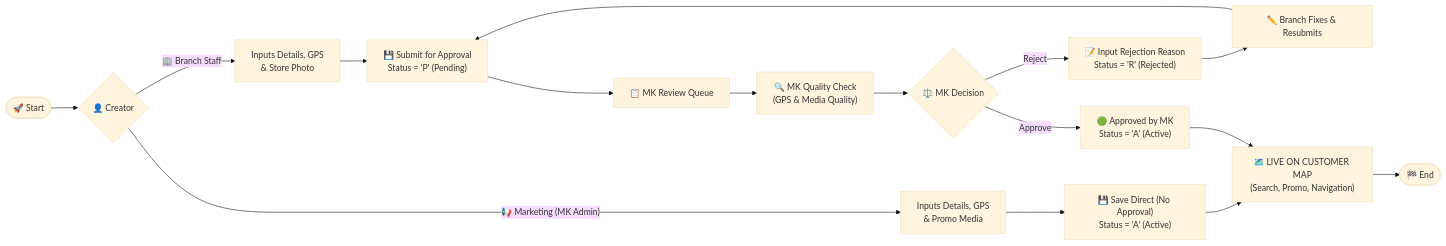
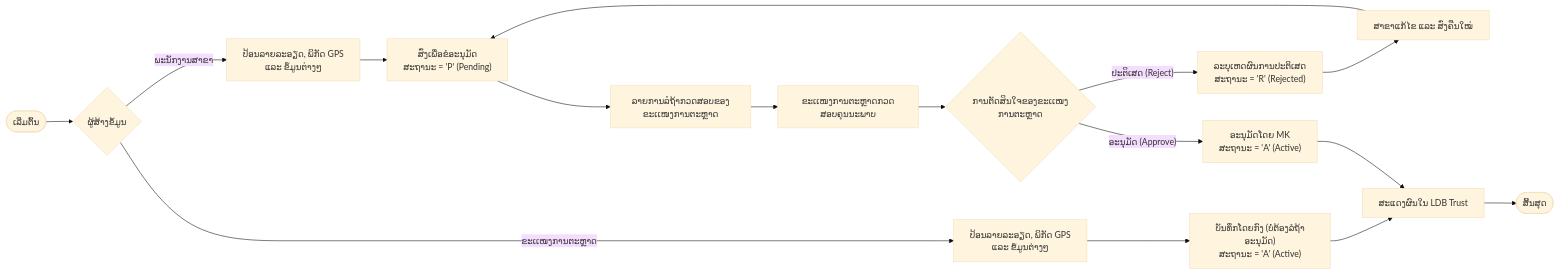
One commit to Touy2004/for-read-markdown changed the first of 3 diagrams in README.md. Above: the diagram before and after it, drawn with Mermaid (base theme). The commit also changed other lines of this file, not shown here.

````diff
--- a/README.md
+++ b/README.md
@@ -43,27 +47,28 @@
 ```mermaid
 flowchart LR
-    Start(["🚀 Start"]) --> Creator{"👤 Creator"}
-    
+    Start(["ເລີ່ມຕົ້ນ"]) --> Creator{"ຜູ້ສ້າງຂໍ້ມູນ"}
+
     %% MK Direct Flow
-    Creator -- "📢 Marketing (MK Admin)" --> MKCreate["Inputs Details, GPS\n& Promo Media"]
-    MKCreate --> MKDirect["💾 Save Direct (No Approval)\nStatus = 'A' (Active)"]
-    
+    Creator -- "ຂະເເໜງການຕະຫຼາດ" --> MKCreate["ປ້ອນລາຍລະອຽດ, ພິກັດ GPS\nແລະ ຂໍ້ມູນຕ່າງໆ"]
+    MKCreate --> MKDirect["ບັນທຶກໂດຍກົງ (ບໍ່ຕ້ອງລໍຖ້າອະນຸມັດ)\nສະຖານະ = 'A' (Active)"]
+
     %% Branch Submission Flow
-    Creator -- "🏢 Branch Staff" --> BranchCreate["Inputs Details, GPS\n& Store Photo"]
-    BranchCreate --> BranchSubmit["💾 Submit for Approval\nStatus = 'P' (Pending)"]
-    
-    BranchSubmit --> MKQueue["📋 MK Review Queue"]
-    MKQueue --> MKInspect["🔍 MK Quality Check\n(GPS & Media Quality)"]
-    MKInspect --> MKDecision{"⚖️ MK Decision"}
-    
-    MKDecision -- "Reject" --> Reason["📝 Input Rejection Reason\nStatus = 'R' (Rejected)"]
-    Reason --> BranchFix["✏️ Branch Fixes & Resubmits"]
+    Creator -- "ພະນັກງານສາຂາ" --> BranchCreate["ປ້ອນລາຍລະອຽດ, ພິກັດ GPS\nແລະ ຂໍ້ມູນຕ່າງໆ"]
+    BranchCreate --> BranchSubmit["ສົ່ງເພື່ອຂໍອະນຸມັດ\nສະຖານະ = 'P' (Pending)"]
+
+    BranchSubmit --> MKQueue["ລາຍການລໍຖ້າກວດສອບຂອງຂະເເໜງການຕະຫຼາດ"]
+    MKQueue --> MKInspect["ຂະເເໜງການຕະຫຼາດກວດສອບຄຸນນະພາບ"]
+    MKInspect --> MKDecision{"ການຕັດສິນໃຈຂອງຂະເເໜງການຕະຫຼາດ"}
+
+    MKDecision -- "ປະຕິເສດ (Reject)" --> Reason["ລະບຸເຫດຜົນການປະຕິເສດ\nສະຖານະ = 'R' (Rejected)"]
+    Reason --> BranchFix["ສາຂາແກ້ໄຂ ແລະ ສົ່ງຄືນໃໝ່"]
     BranchFix --> BranchSubmit
-    
-    MKDecision -- "Approve" --> StatusA["🟢 Approved by MK\nStatus = 'A' (Active)"]
-    
+
+    MKDecision -- "ອະນຸມັດ (Approve)" --> StatusA["ອະນຸມັດໂດຍ MK\nສະຖານະ = 'A' (Active)"]
+
     %% Live Map
-    MKDirect --> LiveMap["🗺️ LIVE ON CUSTOMER MAP\n(Search, Promo, Navigation)"]
+    MKDirect --> LiveMap["ສະແດງຜົນໃນ LDB Trust"]
     StatusA --> LiveMap
-    LiveMap --> End(["🏁 End"])
+    LiveMap --> End(["ສິ້ນສຸດ"])
+
 ```
````
